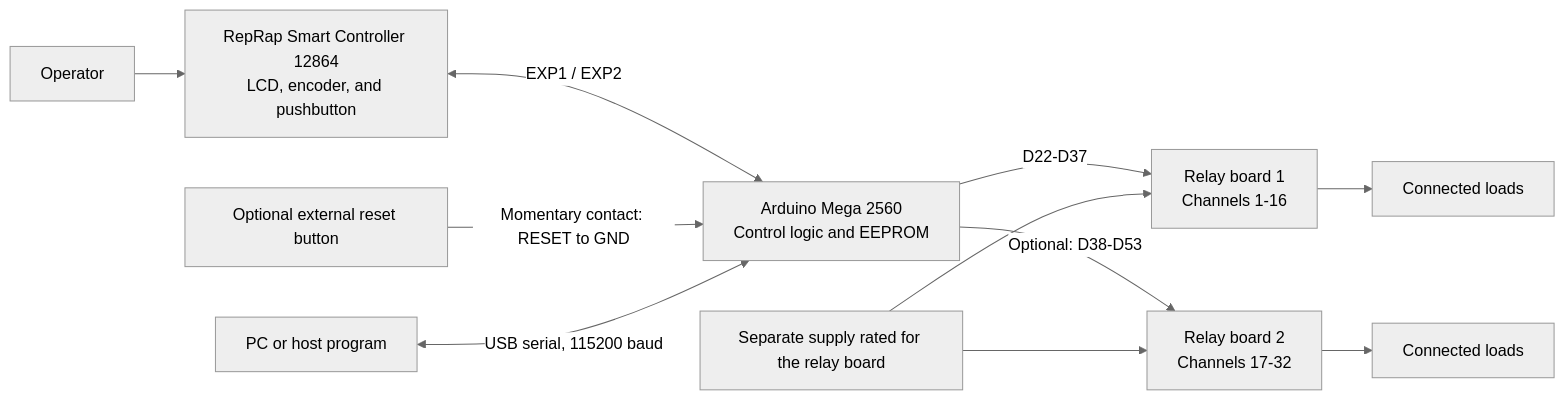
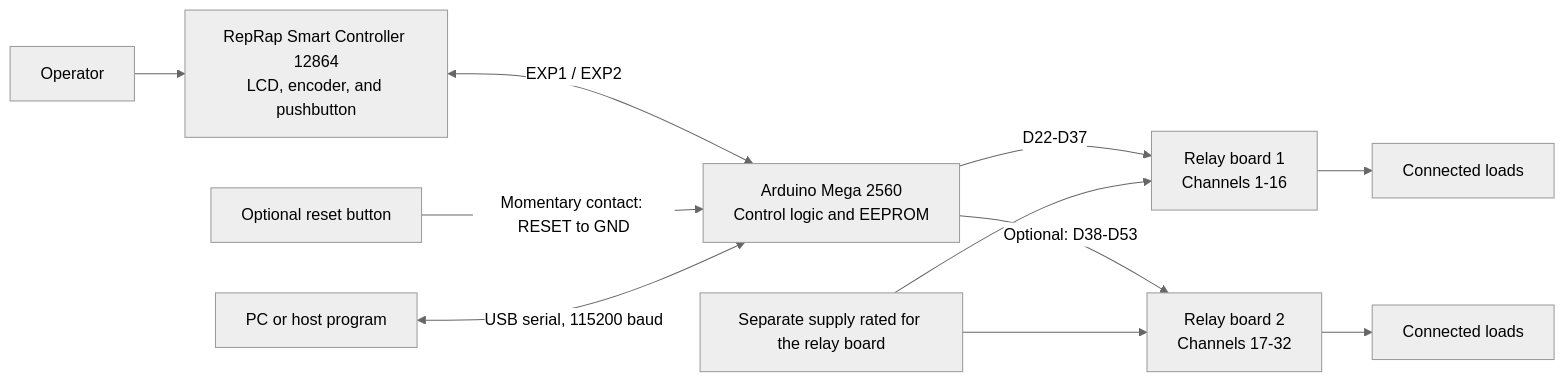
One commit to Evohl/arduino_relais_lcd changed the first of 2 diagrams in README.md. Above: the diagram before and after it, drawn with Mermaid (neutral theme). The commit also changed other lines of this file and 2 other files, not shown here.

````diff
--- a/README.md
+++ b/README.md
@@ -9,13 +9,13 @@
 ```mermaid
 flowchart LR
 	operator[Operator] --> controller["RepRap Smart Controller 12864<br/>LCD, encoder, and pushbutton"]
 	controller <-->|EXP1 / EXP2| mega["Arduino Mega 2560<br/>Control logic and EEPROM"]
-	reset[Optional external reset button] -->|Momentary contact: RESET to GND| mega
+	reset[Optional reset button] -->|Momentary contact: RESET to GND| mega
 	computer[PC or host program] <-->|USB serial, 115200 baud| mega
 	mega -->|D22-D37| board1["Relay board 1<br/>Channels 1-16"]
 	mega -->|Optional: D38-D53| board2["Relay board 2<br/>Channels 17-32"]
 	supply[Separate supply rated for the relay board] --> board1
 	supply --> board2
 	board1 --> load1[Connected loads]
 	board2 --> load2[Connected loads]
 ```
````
